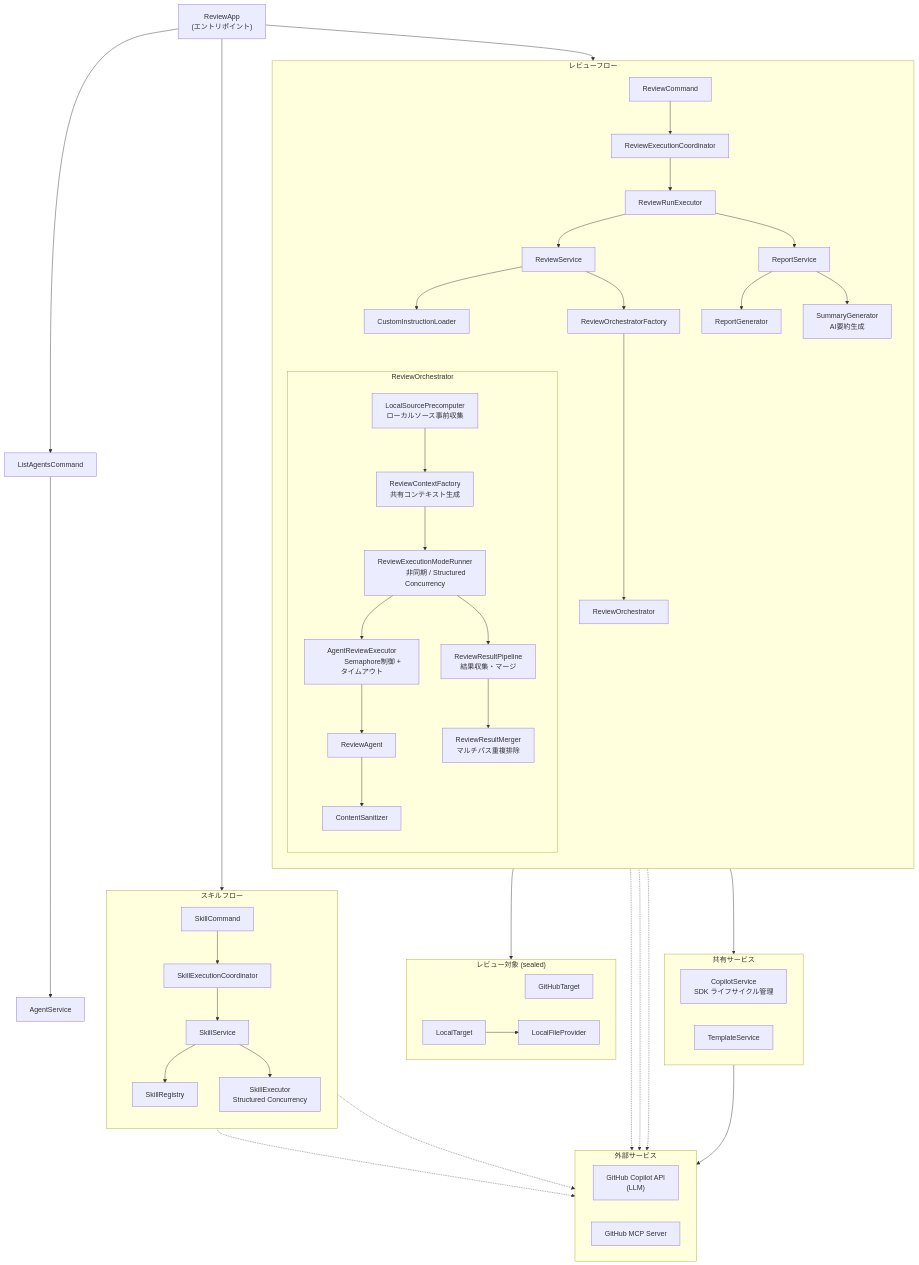
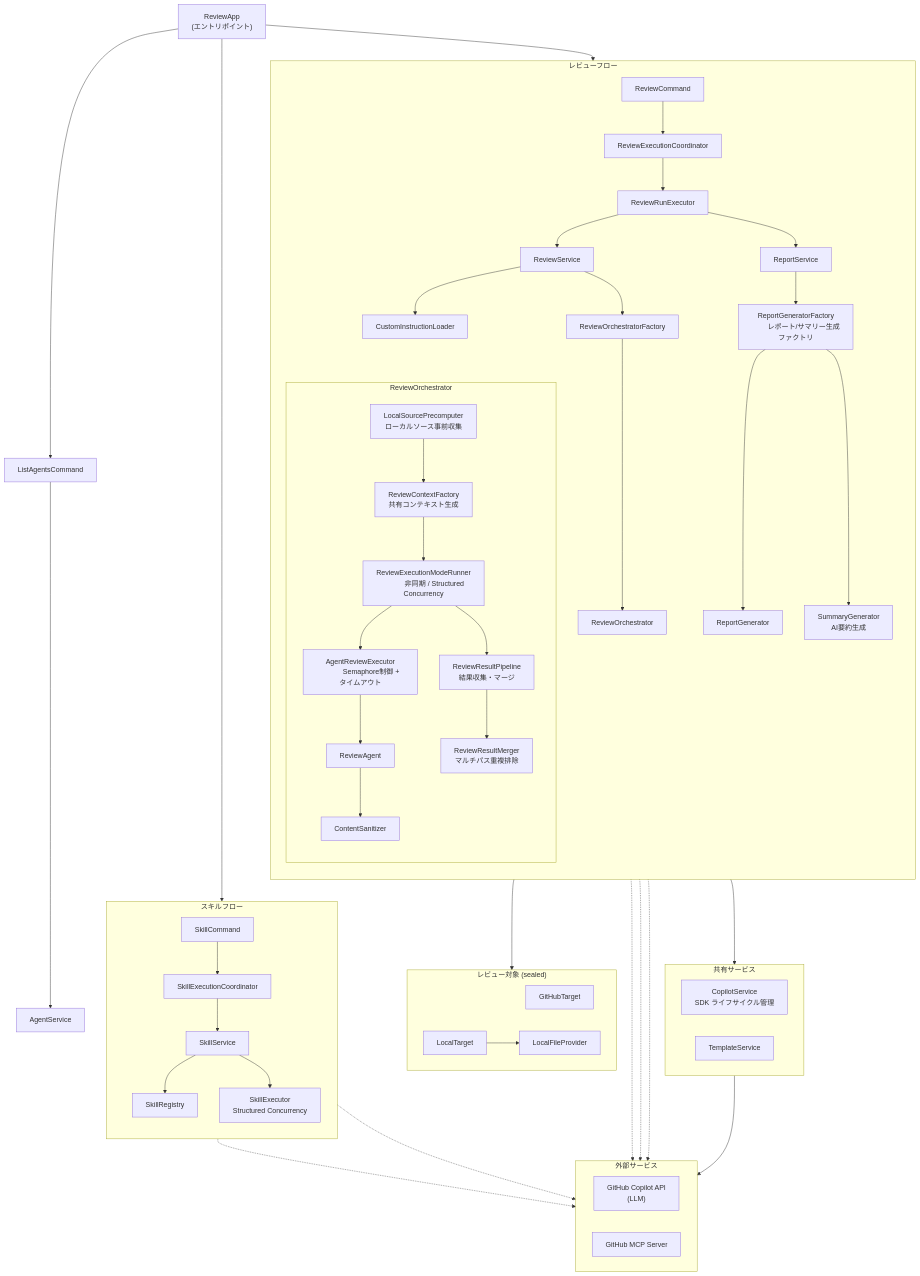
The diagram in README_ja.md (anishi1222/multi-agent-code-reviewer-java), drawn with Mermaid before and after one commit. The commit also changed other lines of this file and 11 other files, not shown here.

```diff
--- a/README_ja.md
+++ b/README_ja.md
@@ -719,8 +719,10 @@
         end
 
         ReviewRunExecutor --> ReportService
-        ReportService --> ReportGenerator
-        ReportService --> SummaryGenerator["SummaryGenerator
+        ReportService --> ReportGeneratorFactory["ReportGeneratorFactory
+        レポート/サマリー生成ファクトリ"]
+        ReportGeneratorFactory --> ReportGenerator
+        ReportGeneratorFactory --> SummaryGenerator["SummaryGenerator
         AI要約生成"]
     end
 
```
